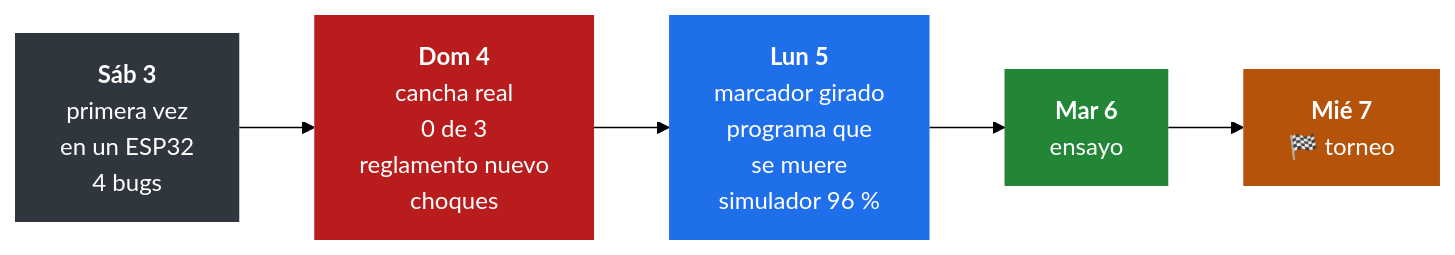
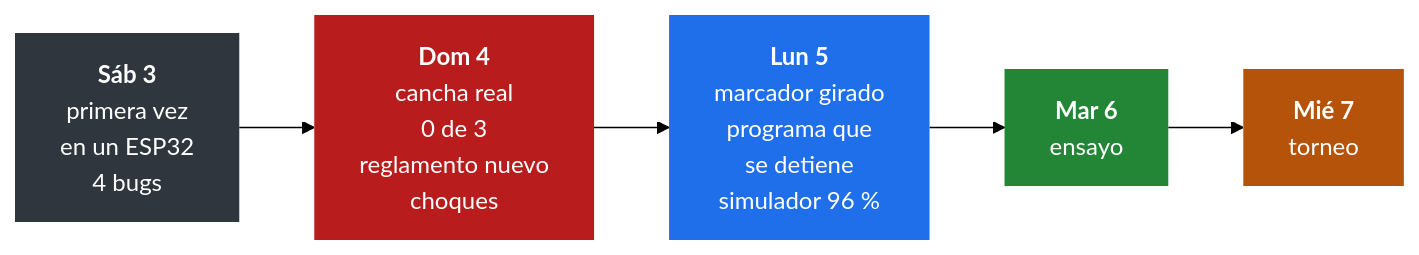
Before and after one commit to dnunezf/Vision-Rover-Challenge-ev4.exe: the sixth of 6 diagrams in README.md, drawn with Mermaid (forest theme). The commit also changed other lines of this file, not shown here.

````diff
--- a/README.md
+++ b/README.md
@@ -266,15 +266,15 @@
 ```mermaid
 flowchart LR
     S["<b>Sáb 3</b><br/>primera vez<br/>en un ESP32<br/>4 bugs"]
     D["<b>Dom 4</b><br/>cancha real<br/>0 de 3<br/>reglamento nuevo<br/>choques"]
-    L["<b>Lun 5</b><br/>marcador girado<br/>programa que<br/>se muere<br/>simulador 96 %"]
+    L["<b>Lun 5</b><br/>marcador girado<br/>programa que<br/>se detiene<br/>simulador 96 %"]
     M["<b>Mar 6</b><br/>ensayo"]
-    T["<b>Mié 7</b><br/>🏁 torneo"]
+    T["<b>Mié 7</b><br/>torneo"]
     S --> D --> L --> M --> T
 
     style S fill:#30363d,color:#fff,stroke:none
     style D fill:#b91c1c,color:#fff,stroke:none
     style L fill:#1f6feb,color:#fff,stroke:none
     style M fill:#238636,color:#fff,stroke:none
     style T fill:#b45309,color:#fff,stroke:none
 ```
````
